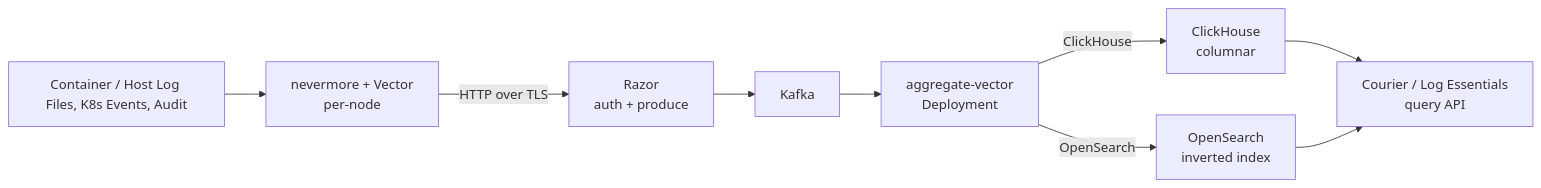
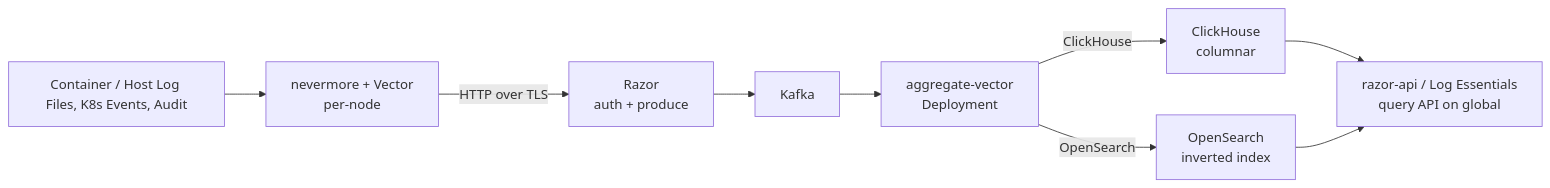
Before and after one commit to alauda/logs-docs: the diagram in docs/en/concept.mdx, drawn with Mermaid. The commit also changed other lines of this file and 1 other file, not shown here.

````diff
--- a/docs/en/concept.mdx
+++ b/docs/en/concept.mdx
@@ -136,11 +136,11 @@
 ```mermaid
 graph LR
     A[Container / Host Log Files, K8s Events, Audit] --> B[nevermore + Vector<br/>per-node]
     B -->|HTTP over TLS| C[Razor<br/>auth + produce]
     C --> D[Kafka]
     D --> E[aggregate-vector<br/>Deployment]
     E -->|ClickHouse| F[ClickHouse<br/>columnar]
     E -->|OpenSearch| G[OpenSearch<br/>inverted index]
-    F --> H[Courier / Log Essentials<br/>query API]
+    F --> H[razor-api / Log Essentials<br/>query API on global]
     G --> H
 ```
````
